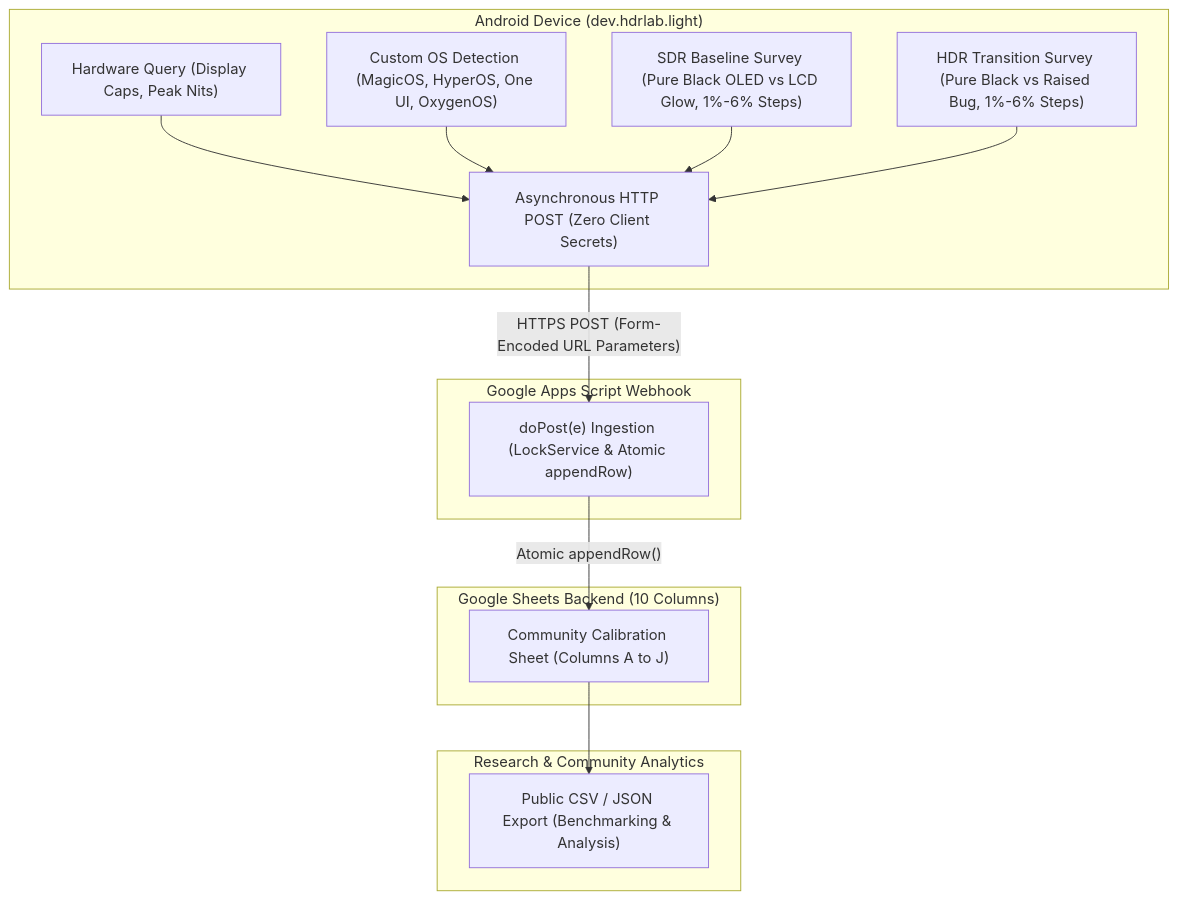
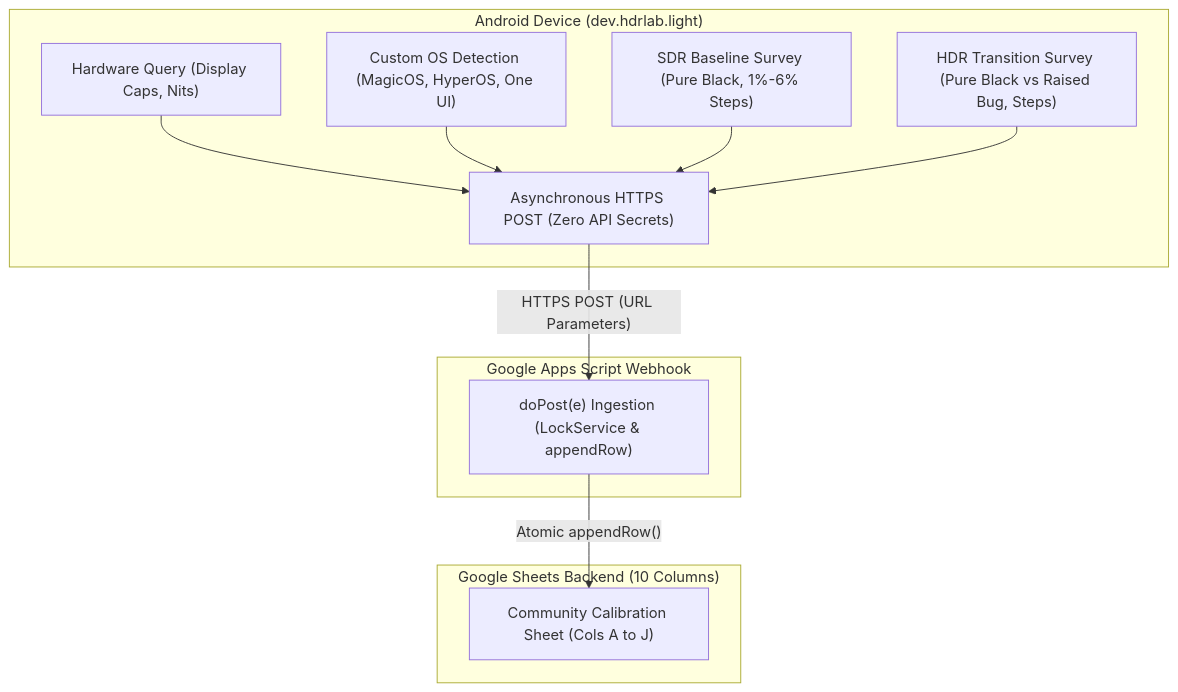
One commit to xXCh1coriaXx/HDR-LAB changed the diagram in docs/COMMUNITY_DATABASE.md. Above: the diagram before and after it, drawn with Mermaid. The commit also changed other lines of this file and 1 other file, not shown here.

Commit message:
docs: remove obsolete TECHNICAL_README and streamline COMMUNITY_DATABASE

````diff
--- a/docs/COMMUNITY_DATABASE.md
+++ b/docs/COMMUNITY_DATABASE.md
@@ -19,26 +12,21 @@
 ```mermaid
 flowchart TD
     subgraph AndroidDevice ["Android Device (dev.hdrlab.light)"]
-        A["Hardware Query (Display Caps, Peak Nits)"]
-        B["Custom OS Detection (MagicOS, HyperOS, One UI, OxygenOS)"]
-        C["SDR Baseline Survey (Pure Black OLED vs LCD Glow, 1%-6% Steps)"]
-        D["HDR Transition Survey (Pure Black vs Raised Bug, 1%-6% Steps)"]
-        A & B & C & D --> E["Asynchronous HTTP POST (Zero Client Secrets)"]
+        A["Hardware Query (Display Caps, Nits)"]
+        B["Custom OS Detection (MagicOS, HyperOS, One UI)"]
+        C["SDR Baseline Survey (Pure Black, 1%-6% Steps)"]
+        D["HDR Transition Survey (Pure Black vs Raised Bug, Steps)"]
+        A & B & C & D --> E["Asynchronous HTTPS POST (Zero API Secrets)"]
     end
 
     subgraph Webhook ["Google Apps Script Webhook"]
-        F["doPost(e) Ingestion (LockService & Atomic appendRow)"]
+        F["doPost(e) Ingestion (LockService & appendRow)"]
     end
 
     subgraph Database ["Google Sheets Backend (10 Columns)"]
-        G["Community Calibration Sheet (Columns A to J)"]
+        G["Community Calibration Sheet (Cols A to J)"]
     end
 
-    subgraph Analytics ["Research & Community Analytics"]
-        H["Public CSV / JSON Export (Benchmarking & Analysis)"]
-    end
-
-    E -->|"HTTPS POST (Form-Encoded URL Parameters)"| F
+    E -->|"HTTPS POST (URL Parameters)"| F
     F -->|"Atomic appendRow()"| G
-    G --> H
 ```
````
